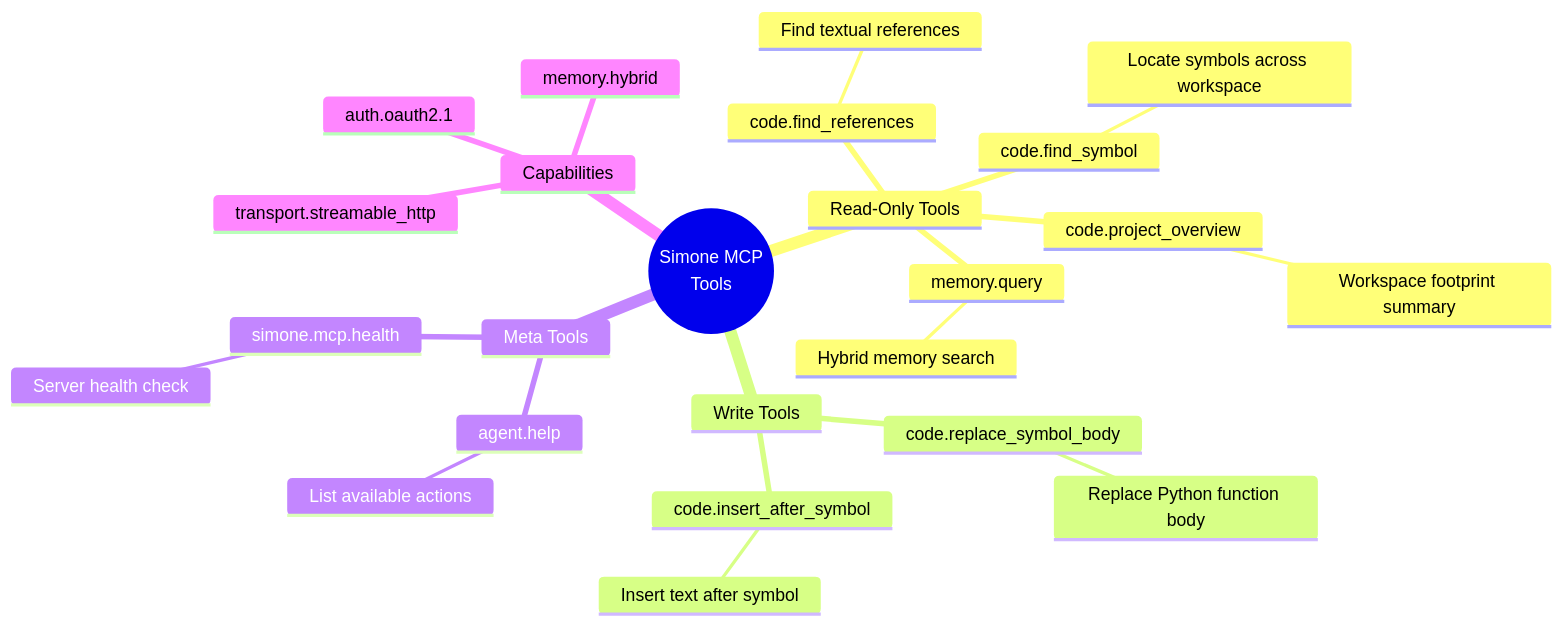
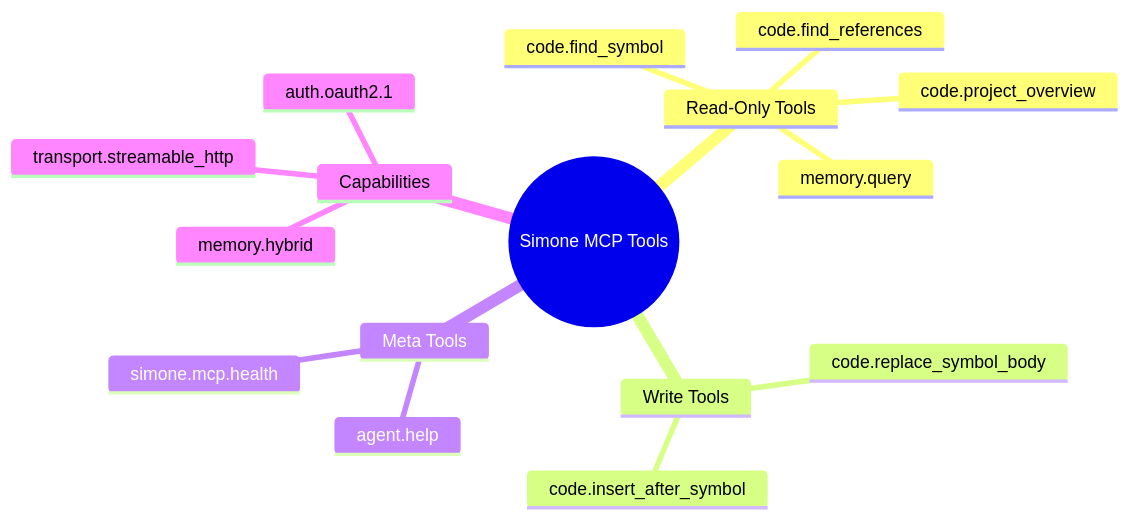
Before and after one commit to OpenSIN-Code/SIN-Code: diagram 11 of 15 in legacy/simone-mcp/docs/architecture.md, drawn with Mermaid. The commit also changed other lines of this file, not shown here.

First line of the commit message:
Fix ALL Mermaid diagram syntax errors - enterprise-level compliance

````diff
--- a/legacy/simone-mcp/docs/architecture.md
+++ b/legacy/simone-mcp/docs/architecture.md
@@ -408,35 +414,19 @@
 ```mermaid
 mindmap
-  root((Simone MCP<br/>Tools))
+  root((Simone MCP Tools))
     Read-Only Tools
       code.find_symbol
-        ::icon(fa fa-search)
-        Locate symbols across workspace
       code.find_references
-        ::icon(fa fa-link)
-        Find textual references
       code.project_overview
-        ::icon(fa fa-folder)
-        Workspace footprint summary
       memory.query
-        ::icon(fa fa-database)
-        Hybrid memory search
     Write Tools
       code.replace_symbol_body
-        ::icon(fa fa-edit)
-        Replace Python function body
       code.insert_after_symbol
-        ::icon(fa fa-plus)
-        Insert text after symbol
     Meta Tools
       agent.help
-        ::icon(fa fa-question)
-        List available actions
       simone.mcp.health
-        ::icon(fa fa-heartbeat)
-        Server health check
     Capabilities
       memory.hybrid
       transport.streamable_http
       auth.oauth2.1
 ```
````
